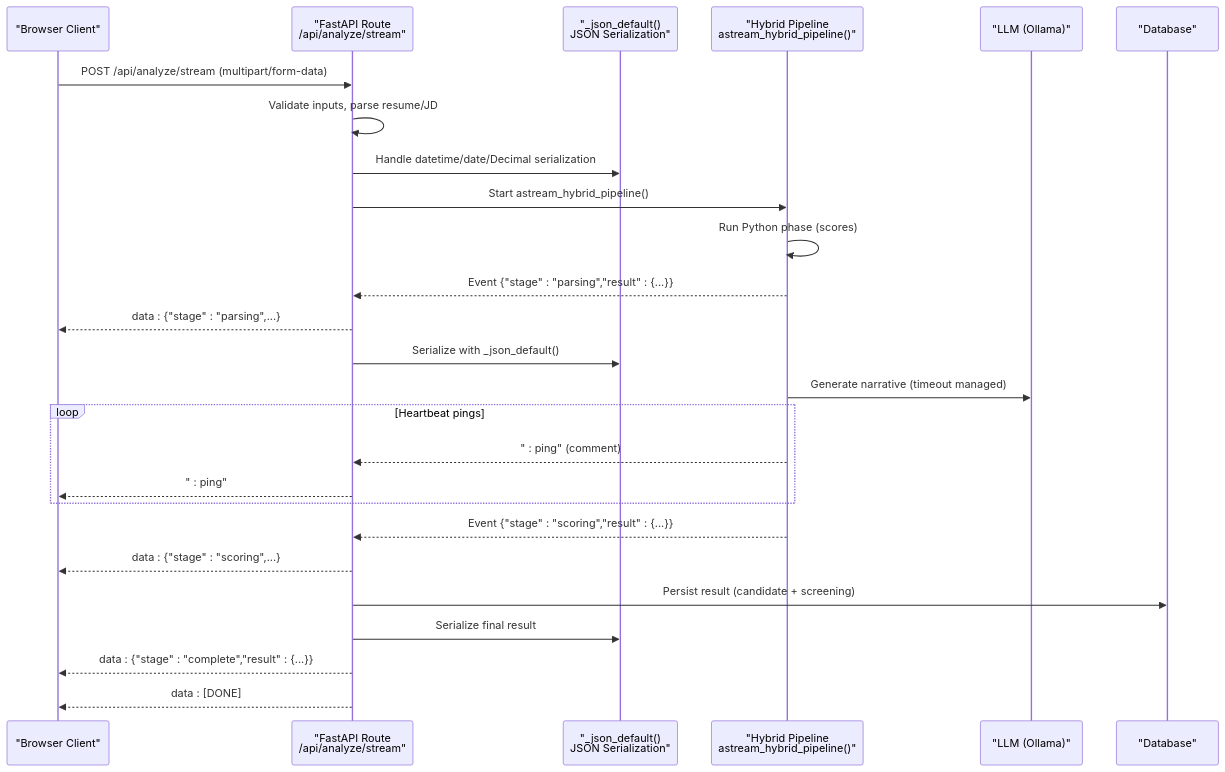
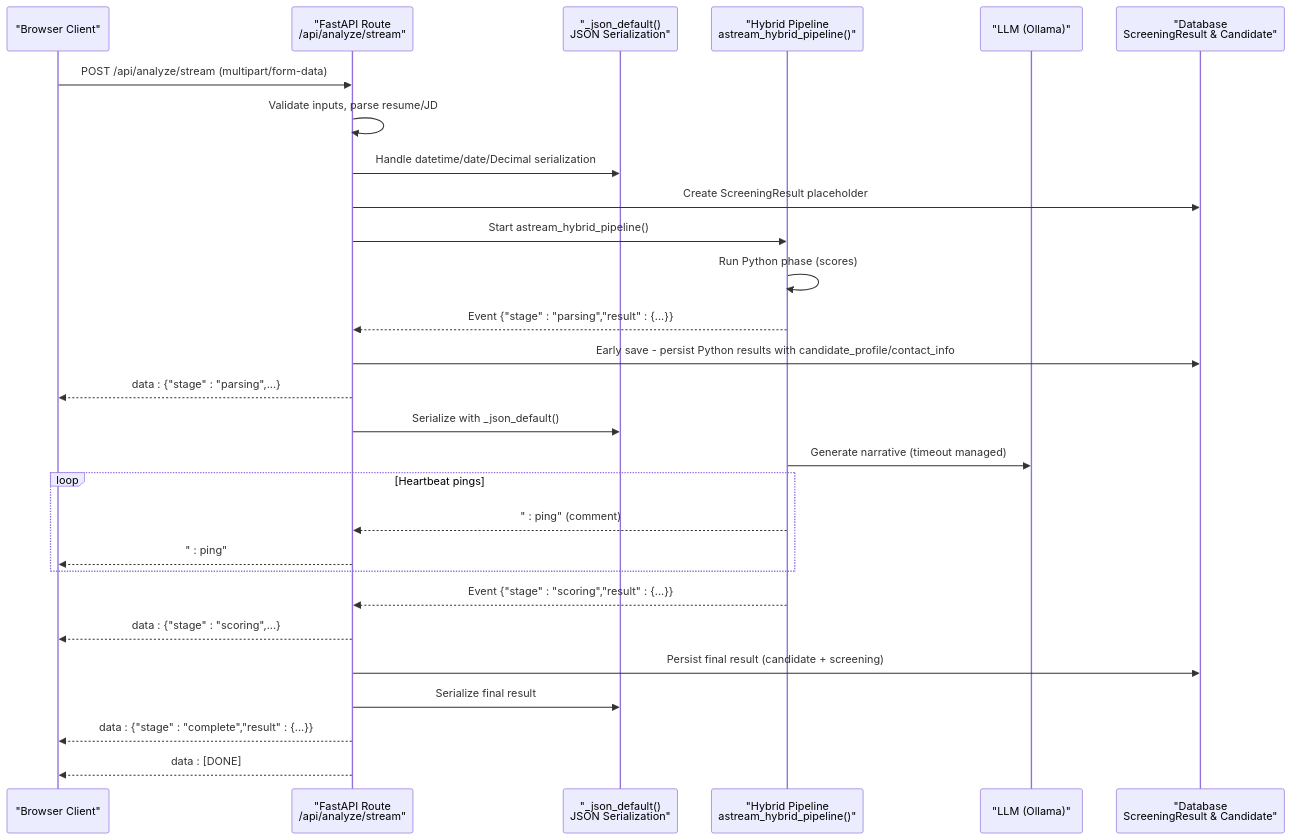
One commit to Revanththetalogics/aireume changed the second of 3 diagrams in .qoder/repowiki/en/content/API Reference/Analysis Endpoints/Streaming Analysis.md. Above: the diagram before and after it, drawn with Mermaid. The commit also changed other lines of this file and 6 other files, not shown here.

````diff
--- a/.qoder/repowiki/en/content/API Reference/Analysis Endpoints/Streaming Analysis.md
+++ b/.qoder/repowiki/en/content/API Reference/Analysis Endpoints/Streaming Analysis.md
@@ -113,28 +121,30 @@
 ```mermaid
 sequenceDiagram
 participant Client as "Browser Client"
 participant API as "FastAPI Route<br/>/api/analyze/stream"
 participant Serializer as "_json_default()<br/>JSON Serialization"
 participant Pipeline as "Hybrid Pipeline<br/>astream_hybrid_pipeline()"
 participant LLM as "LLM (Ollama)"
-participant DB as "Database"
+participant DB as "Database<br/>ScreeningResult & Candidate"
 Client->>API : POST /api/analyze/stream (multipart/form-data)
 API->>API : Validate inputs, parse resume/JD
 API->>Serializer : Handle datetime/date/Decimal serialization
+API->>DB : Create ScreeningResult placeholder
 API->>Pipeline : Start astream_hybrid_pipeline()
 Pipeline->>Pipeline : Run Python phase (scores)
 Pipeline-->>API : Event {"stage" : "parsing","result" : {...}}
+API->>DB : Early save - persist Python results with candidate_profile/contact_info
 API-->>Client : data : {"stage" : "parsing",...}
 API->>Serializer : Serialize with _json_default()
 Pipeline->>LLM : Generate narrative (timeout managed)
 loop Heartbeat pings
 Pipeline-->>API : " : ping" (comment)
 API-->>Client : " : ping"
 end
 Pipeline-->>API : Event {"stage" : "scoring","result" : {...}}
 API-->>Client : data : {"stage" : "scoring",...}
-API->>DB : Persist result (candidate + screening)
+API->>DB : Persist final result (candidate + screening)
 API->>Serializer : Serialize final result
 API-->>Client : data : {"stage" : "complete","result" : {...}}
 API-->>Client : data : [DONE]
 ```
````
